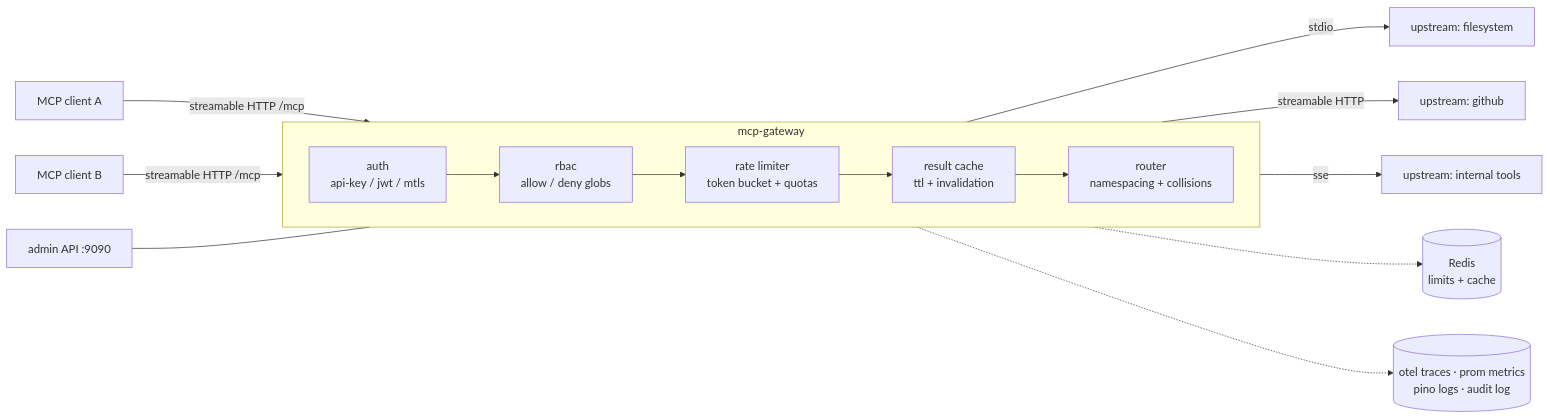
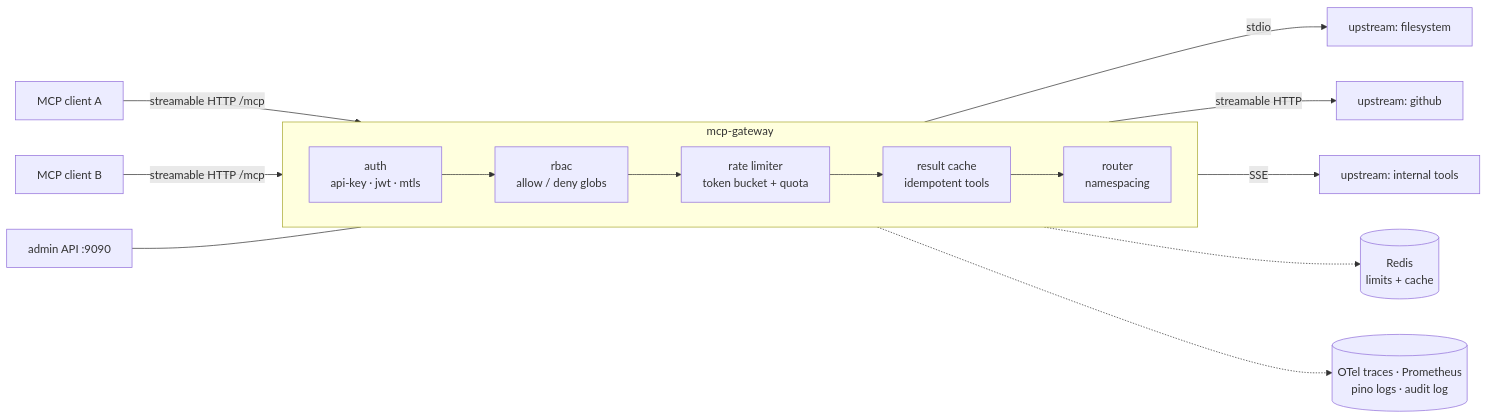
Before and after one commit to adeen-s/mcp-gateway: the diagram in README.md, drawn with Mermaid. The commit also changed other lines of this file, not shown here.

Commit message:
docs: restructure readme - problem, why, quickstart, demo, architecture, tests, roadmap, status

````diff
--- a/README.md
+++ b/README.md
@@ -28,22 +9,21 @@
 ```mermaid
 flowchart LR
-    C1[MCP client A] -->|streamable HTTP /mcp| GW
-    C2[MCP client B] -->|streamable HTTP /mcp| GW
+    C1[MCP client A] -->|streamable HTTP /mcp| AUTH
+    C2[MCP client B] -->|streamable HTTP /mcp| AUTH
 
     subgraph GW [mcp-gateway]
         direction LR
-        AUTH[auth\napi-key / jwt / mtls] --> RBAC[rbac\nallow / deny globs]
-        RBAC --> RL[rate limiter\ntoken bucket + quotas]
-        RL --> CACHE[result cache\nttl + invalidation]
-        CACHE --> RTR[router\nnamespacing + collisions]
+        AUTH[auth<br/>api-key · jwt · mtls] --> RBAC[rbac<br/>allow / deny globs]
+        RBAC --> RL[rate limiter<br/>token bucket + quota]
+        RL --> CACHE[result cache<br/>idempotent tools]
+        CACHE --> RTR[router<br/>namespacing]
     end
 
     RTR -->|stdio| U1[upstream: filesystem]
     RTR -->|streamable HTTP| U2[upstream: github]
-    RTR -->|sse| U3[upstream: internal tools]
+    RTR -->|SSE| U3[upstream: internal tools]
 
-    GW -.-> REDIS[(Redis\nlimits + cache)]
-    GW -.-> OBS[(otel traces · prom metrics\npino logs · audit log)]
-
+    GW -.-> REDIS[(Redis<br/>limits + cache)]
+    GW -.-> OBS[(OTel traces · Prometheus<br/>pino logs · audit log)]
     ADM[admin API :9090] --- GW
 ```
````
